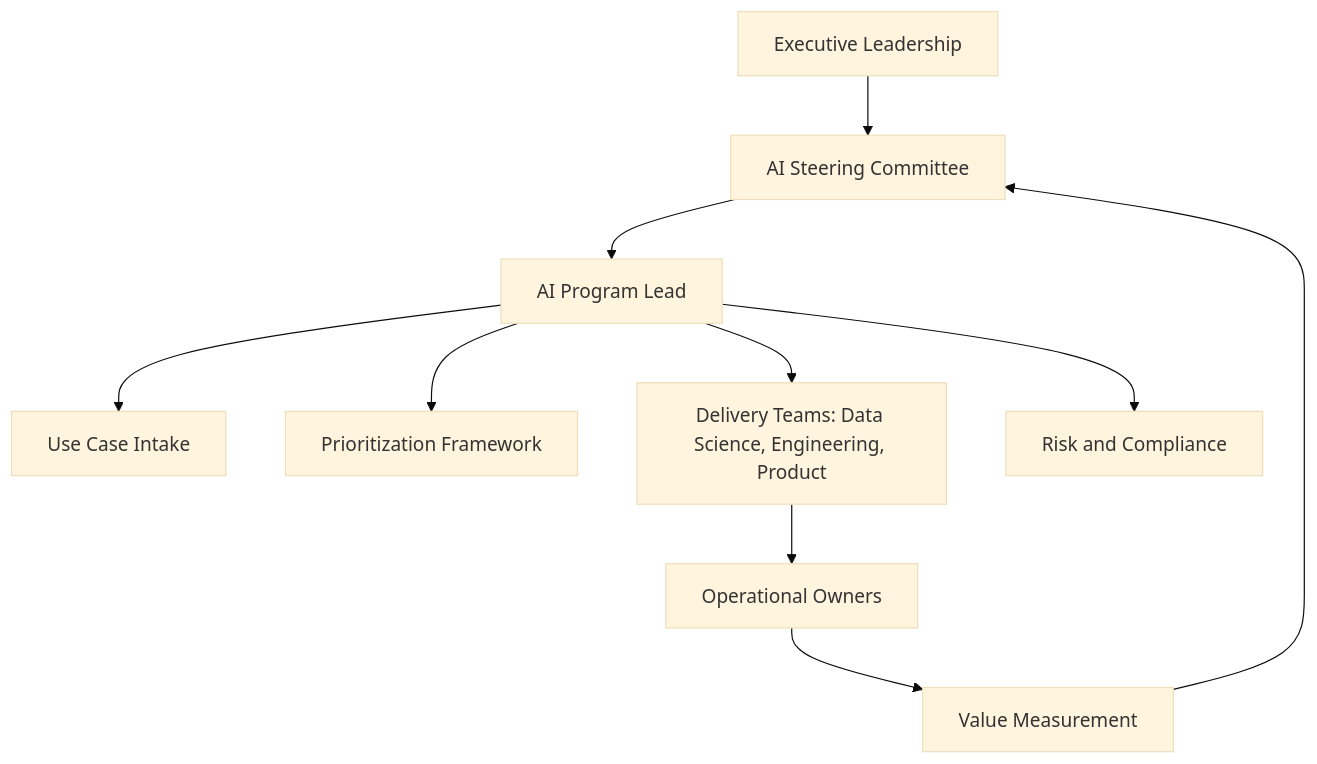
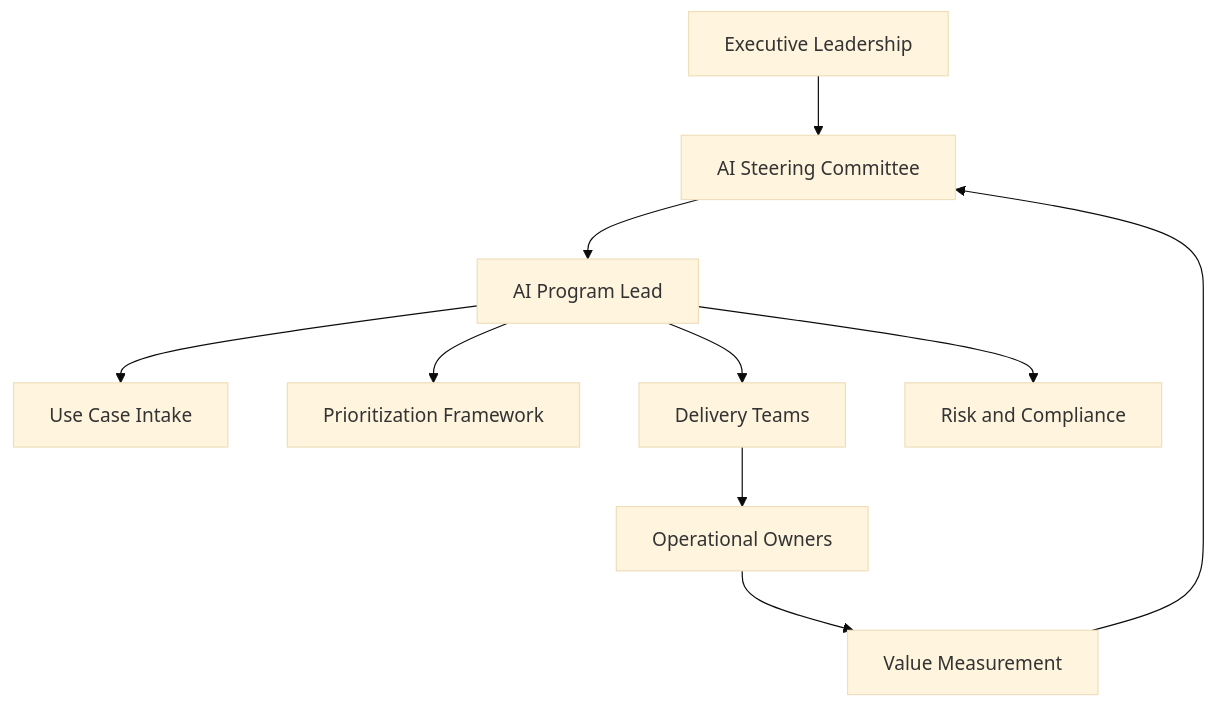
One commit to somerwalker/ai-transformation-playbook changed the second of 2 diagrams in README.md. Above: the diagram before and after it, drawn with Mermaid (base theme). The commit also changed other lines of this file, not shown here.

````diff
--- a/README.md
+++ b/README.md
@@ -32,22 +30,22 @@
 ```mermaid
 flowchart TB
     Executive[Executive Leadership]
     Steering[AI Steering Committee]
     Program[AI Program Lead]
     Intake[Use Case Intake]
     Prioritization[Prioritization Framework]
-    Delivery[Delivery Teams: Data Science, Engineering, Product]
+    Delivery[Delivery Teams]
     Risk[Risk and Compliance]
     Operations[Operational Owners]
     Metrics[Value Measurement]
 
     Executive --> Steering
     Steering --> Program
     Program --> Intake
     Program --> Prioritization
     Program --> Delivery
     Program --> Risk
     Delivery --> Operations
     Operations --> Metrics
     Metrics --> Steering
 ```
````
